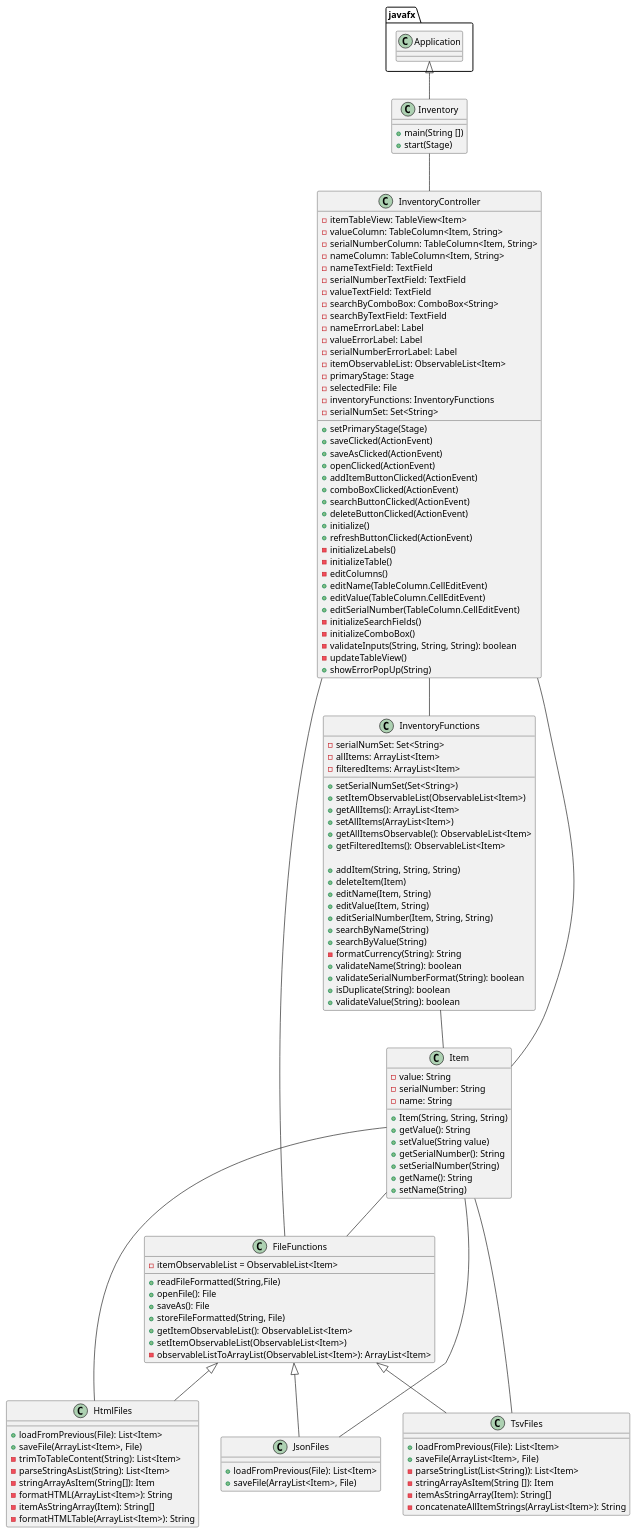
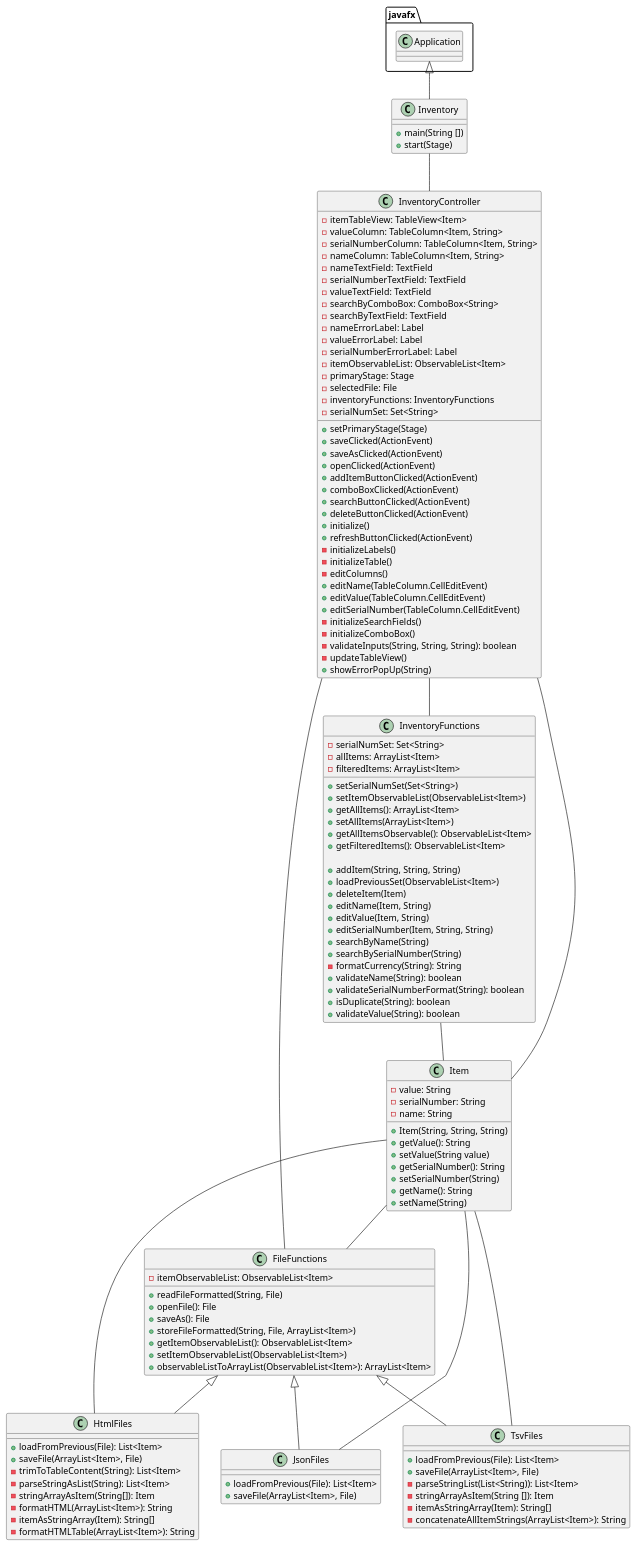
Before and after one commit to ivy-nguyen18/nguyen-6246-a5: the diagram in uml/InventoryApp.puml, drawn with PlantUML. The commit also changed 2 other files, not shown here.

Commit message:
plant uml updated

```diff
--- a/uml/InventoryApp.puml
+++ b/uml/InventoryApp.puml
@@ -1,144 +1,145 @@
 @startuml
 'https://plantuml.com/class-diagram
 
 class Inventory{
     + main(String [])
     + start(Stage)
 }
 
 class FileFunctions{
-    - itemObservableList = ObservableList<Item>
-    + readFileFormatted(String,File)
+    - itemObservableList: ObservableList<Item>
+    + readFileFormatted(String, File)
     + openFile(): File
     + saveAs(): File
-    + storeFileFormatted(String, File)
+    + storeFileFormatted(String, File, ArrayList<Item>)
     + getItemObservableList(): ObservableList<Item>
     + setItemObservableList(ObservableList<Item>)
-    - observableListToArrayList(ObservableList<Item>): ArrayList<Item>
+    + observableListToArrayList(ObservableList<Item>): ArrayList<Item>
 }
 
 class JsonFiles{
     + loadFromPrevious(File): List<Item>
     + saveFile(ArrayList<Item>, File)
 }
 
 class TsvFiles{
     + loadFromPrevious(File): List<Item>
     + saveFile(ArrayList<Item>, File)
     - parseStringList(List<String)): List<Item>
     - stringArrayAsItem(String []): Item
     - itemAsStringArray(Item): String[]
     - concatenateAllItemStrings(ArrayList<Item>): String
 }
 
 class HtmlFiles{
      + loadFromPrevious(File): List<Item>
      + saveFile(ArrayList<Item>, File)
      - trimToTableContent(String): List<Item>
      - parseStringAsList(String): List<Item>
      - stringArrayAsItem(String[]): Item
      - formatHTML(ArrayList<Item>): String
      - itemAsStringArray(Item): String[]
      - formatHTMLTable(ArrayList<Item>): String
 }
 
 class InventoryController{
     - itemTableView: TableView<Item>
     - valueColumn: TableColumn<Item, String>
     - serialNumberColumn: TableColumn<Item, String>
     - nameColumn: TableColumn<Item, String>
     - nameTextField: TextField
     - serialNumberTextField: TextField
     - valueTextField: TextField
     - searchByComboBox: ComboBox<String>
     - searchByTextField: TextField
     - nameErrorLabel: Label
     - valueErrorLabel: Label
     - serialNumberErrorLabel: Label
     - itemObservableList: ObservableList<Item>
     - primaryStage: Stage
     - selectedFile: File
     - inventoryFunctions: InventoryFunctions
     - serialNumSet: Set<String>
 
 
     + setPrimaryStage(Stage)
     + saveClicked(ActionEvent)
     + saveAsClicked(ActionEvent)
     + openClicked(ActionEvent)
     + addItemButtonClicked(ActionEvent)
     + comboBoxClicked(ActionEvent)
     + searchButtonClicked(ActionEvent)
     + deleteButtonClicked(ActionEvent)
     + initialize()
     + refreshButtonClicked(ActionEvent)
     - initializeLabels()
     - initializeTable()
     - editColumns()
     + editName(TableColumn.CellEditEvent)
     + editValue(TableColumn.CellEditEvent)
     + editSerialNumber(TableColumn.CellEditEvent)
     - initializeSearchFields()
     - initializeComboBox()
     - validateInputs(String, String, String): boolean
     - updateTableView()
     + showErrorPopUp(String)
 }
 
 class InventoryFunctions{
     - serialNumSet: Set<String>
     - allItems: ArrayList<Item>
     - filteredItems: ArrayList<Item>
 
     + setSerialNumSet(Set<String>)
     + setItemObservableList(ObservableList<Item>)
     + getAllItems(): ArrayList<Item>
     + setAllItems(ArrayList<Item>)
     + getAllItemsObservable(): ObservableList<Item>
     + getFilteredItems(): ObservableList<Item>
 
     + addItem(String, String, String)
+    + loadPreviousSet(ObservableList<Item>)
     + deleteItem(Item)
     + editName(Item, String)
     + editValue(Item, String)
     + editSerialNumber(Item, String, String)
     + searchByName(String)
-    + searchByValue(String)
+    + searchBySerialNumber(String)
     - formatCurrency(String): String
     + validateName(String): boolean
     + validateSerialNumberFormat(String): boolean
     + isDuplicate(String): boolean
     + validateValue(String): boolean
 }
 
 class Item{
     - value: String
     - serialNumber: String
     - name: String
 
     + Item(String, String, String)
     + getValue(): String
     + setValue(String value)
     + getSerialNumber(): String
     + setSerialNumber(String)
     + getName(): String
     + setName(String)
 }
 
 
 
 javafx.Application <|-- Inventory
 Inventory -- InventoryController
 InventoryController -- InventoryFunctions
 InventoryController -- Item
 InventoryFunctions -- Item
 FileFunctions -- InventoryController
 Item -- FileFunctions
 Item -- JsonFiles
 Item -- TsvFiles
 Item -- HtmlFiles
 FileFunctions <|-- JsonFiles
 FileFunctions <|-- TsvFiles
 FileFunctions <|-- HtmlFiles
 
 @enduml
```
